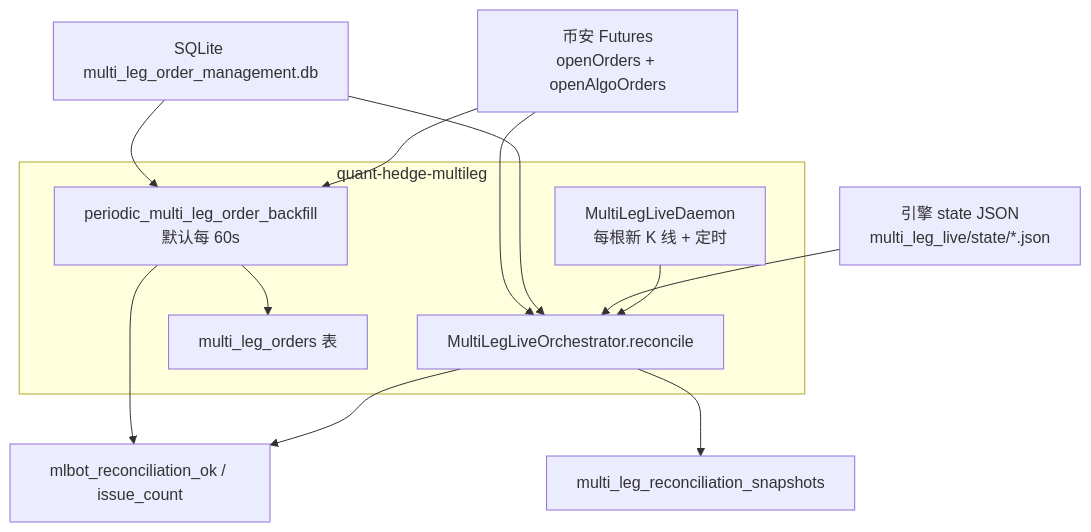
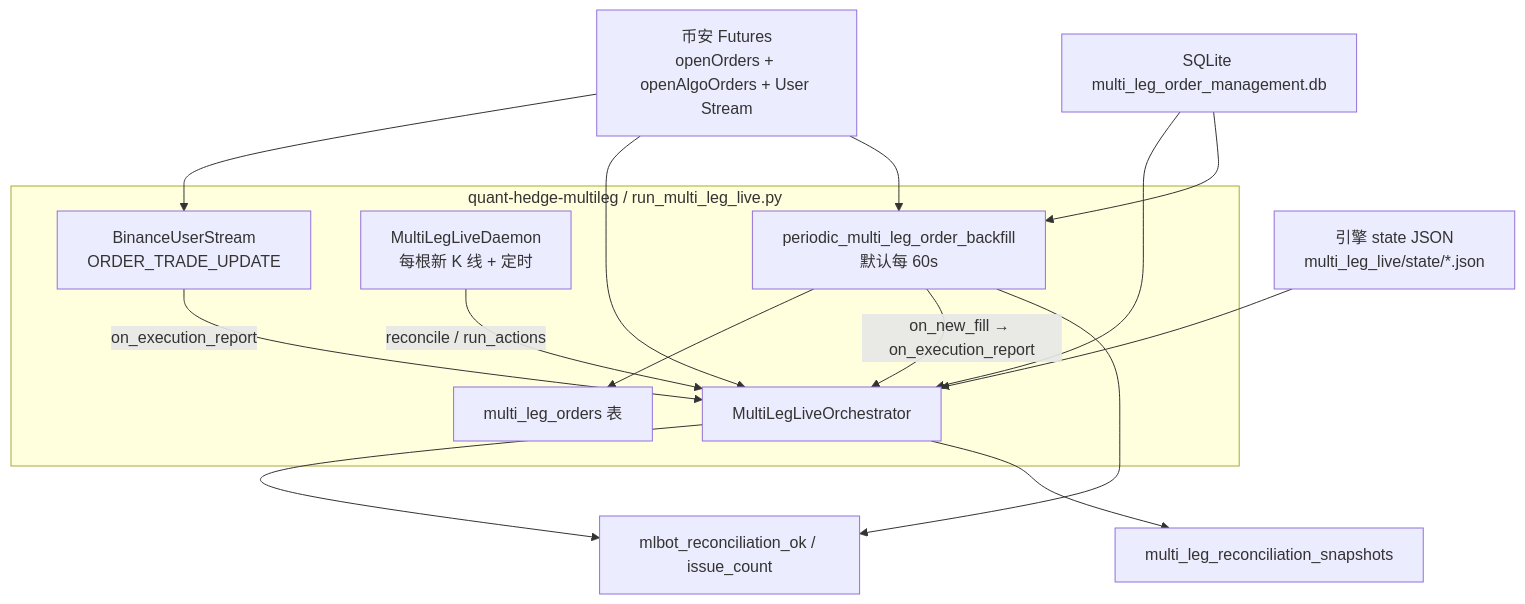
The first of 6 diagrams in docs/deployment/HEDGE_RECONCILIATION_CN.md (SnYang096/ml-trading-bot), drawn with Mermaid before and after one commit. The commit also changed other lines of this file and 52 other files, not shown here.

````diff
--- a/docs/deployment/HEDGE_RECONCILIATION_CN.md
+++ b/docs/deployment/HEDGE_RECONCILIATION_CN.md
@@ -31,23 +32,28 @@
 ```mermaid
 flowchart TB
-    subgraph Process["quant-hedge-multileg"]
+    subgraph Process["quant-hedge-multileg / run_multi_leg_live.py"]
+        UserStream["BinanceUserStream<br/>ORDER_TRADE_UPDATE"]
         Daemon["MultiLegLiveDaemon<br/>每根新 K 线 + 定时"]
         Backfill["periodic_multi_leg_order_backfill<br/>默认每 60s"]
-        Daemon --> Orchestrator["MultiLegLiveOrchestrator.reconcile"]
+        Orchestrator["MultiLegLiveOrchestrator"]
+        UserStream -->|"on_execution_report"| Orchestrator
+        Daemon -->|"reconcile / run_actions"| Orchestrator
         Backfill --> Storage["multi_leg_orders 表"]
+        Backfill -->|"on_new_fill → on_execution_report"| Orchestrator
     end
 
-    Exchange["币安 Futures<br/>openOrders + openAlgoOrders"]
+    Exchange["币安 Futures<br/>openOrders + openAlgoOrders + User Stream"]
     EngineJSON["引擎 state JSON<br/>multi_leg_live/state/*.json"]
     DB["SQLite multi_leg_order_management.db"]
 
+    Exchange --> UserStream
     EngineJSON --> Orchestrator
     DB --> Orchestrator
     Exchange --> Orchestrator
     Exchange --> Backfill
     DB --> Backfill
 
     Orchestrator --> Metrics["mlbot_reconciliation_ok / issue_count"]
     Backfill --> Metrics
     Orchestrator --> Snapshots["multi_leg_reconciliation_snapshots"]
 ```
````
